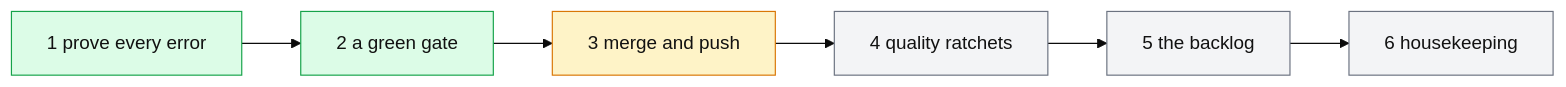
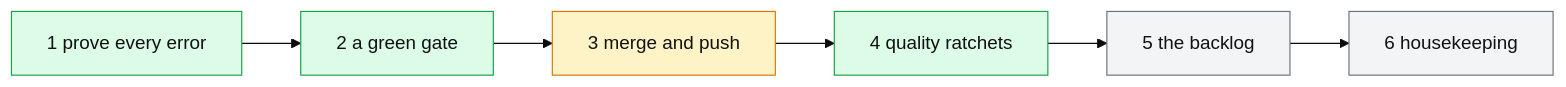
The second of 2 diagrams in next-steps.md (thomascherickal/ferrum-gpu), drawn with Mermaid (base theme) before and after one commit. The commit also changed other lines of this file and 153 other files, not shown here.

````diff
--- a/next-steps.md
+++ b/next-steps.md
@@ -53,17 +53,17 @@
 ```mermaid
 flowchart LR
     p0["1 prove every error"]:::met
     p1["2 a green gate"]:::met
     p2["3 merge and push"]:::now
-    p3["4 quality ratchets"]:::later
+    p3["4 quality ratchets"]:::met
     p4["5 the backlog"]:::later
     p5["6 housekeeping"]:::later
     p0 --> p1
     p1 --> p2
     p2 --> p3
     p3 --> p4
     p4 --> p5
     classDef met fill:#dcfce7,stroke:#16a34a,color:#111
     classDef now fill:#fef3c7,stroke:#d97706,color:#111
     classDef later fill:#f3f4f6,stroke:#6b7280,color:#111
 ```
````
